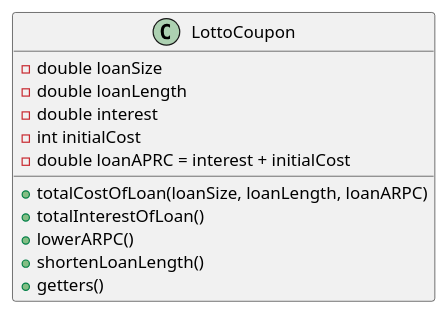
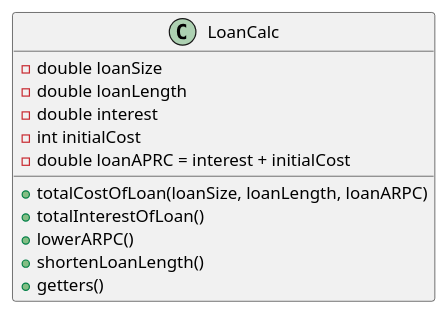
Before and after one commit to jonbertelsen/lifehackB: the diagram in documentation/loancalc/class diagram.puml, drawn with PlantUML.

Commit message:
Update class diagram.puml
fix typo

```diff
--- a/documentation/loancalc/class diagram.puml
+++ b/documentation/loancalc/class diagram.puml
@@ -1,18 +1,18 @@
 @startuml
 'https://plantuml.com/class-diagram
 
-class LottoCoupon {
+class LoanCalc {
     - double loanSize
     - double loanLength
     - double interest
     - int initialCost
     - double loanAPRC = interest + initialCost
 
     + totalCostOfLoan(loanSize, loanLength, loanARPC)
     + totalInterestOfLoan()
     + lowerARPC()
     + shortenLoanLength()
     + getters()
 }
 
 @enduml
```
